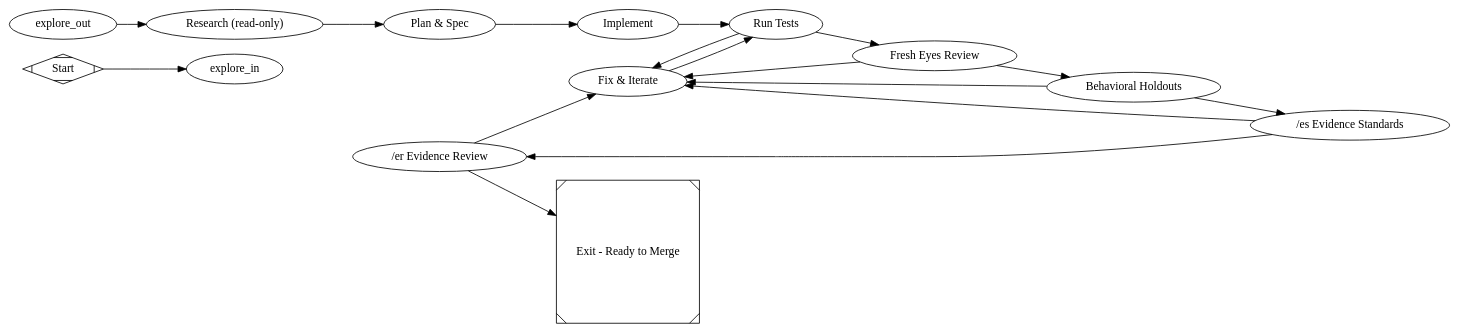
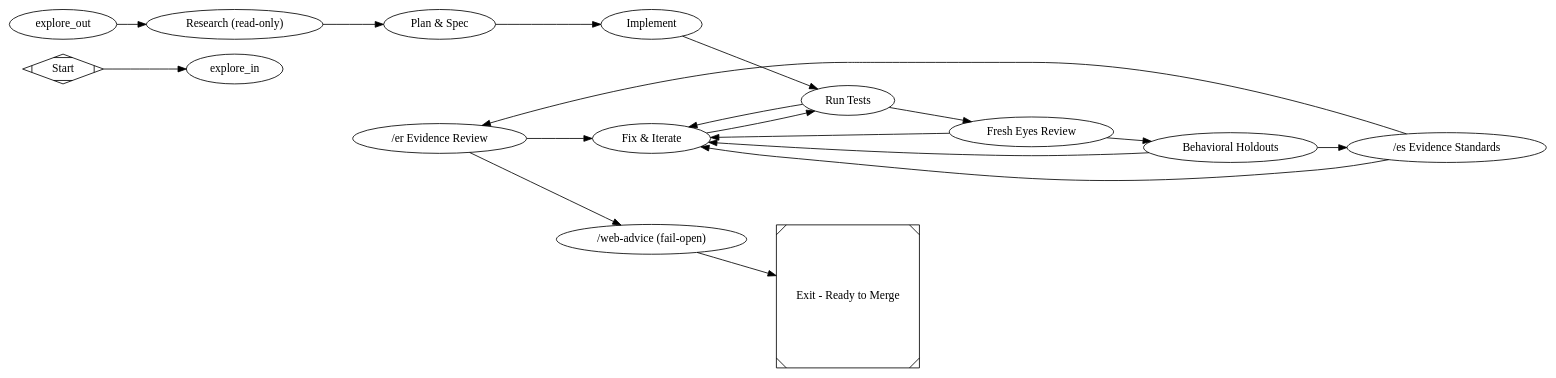
The diagram in pipelines/slim/minimal_pr.dot (jleechanorg/dark-factory), drawn with Graphviz before and after one commit. The commit also changed 22 other files, not shown here.

First line of the commit message:
[antig] feat(pipelines): fold web_advice failopen node into pr_gates, gates, and minimal_pr

```diff
--- a/pipelines/slim/minimal_pr.dot
+++ b/pipelines/slim/minimal_pr.dot
@@ -1,118 +1,135 @@
 digraph MinimalPRFactory {
   graph [
     include="@pipelines/_base.dot",
     goal="Iterate on an in-flight PR: passes tests, review, and evidence gates"
     rankdir=LR
     model_stylesheet="minimal_feature.model.css"
   ]
 
   start [shape=Mdiamond, label="Start"]
   exit  [shape=Msquare, label="Exit - Ready to Merge"]
 
   // _base.dot provides: explore_in, explore_fanout, explore_{concept,auth,
   // reuse,risks}, explore_join, explore_out.
 
   // Research rides the coder backend (no class → run-level --backend),
   // read-only: digests explore findings into .dark-factory/research-findings.md
   // before the heavier plan model runs.
   research [
     type="codergen",
     label="Research (read-only)",
     prompt="@prompts/slim/research.md"
   ]
 
   plan [
     type="codergen",
     label="Plan & Spec",
     class="plan",
     prompt="@prompts/slim/plan.md"
   ]
 
   implement [
     type="codergen",
     label="Implement",
     class="implement",
     prompt="@prompts/slim/implement.md",
     max_retries=2
   ]
 
   test [
     type="tool",
     label="Run Tests",
     command="${state.slim.test_command}",
     validation=true,
     goal_gate=true,
     timeout=600,
     retry_target="fix"
   ]
 
   review [
     type="codergen",
     label="Fresh Eyes Review",
     class="review",
     prompt="@prompts/slim/review.md",
     goal_gate=true,
     retry_target="fix"
   ]
 
   holdout [
     type="holdout_eval",
     label="Behavioral Holdouts",
     feature="${state.feature}",
     validation=true,
     goal_gate=true,
     timeout=600,
     retry_target="fix"
   ]
 
   gate_es [
     type="gate_es",
     label="/es Evidence Standards",
     timeout=600
   ]
 
   // Resolves via the adversarial-review priority queue (codex > minimax >
   // agy > claude-sonnet) so the reviewer is a *different vendor* from the
   // implementing coder. prefer_adversarial=true excludes the run-level
   // coder backend from the queue. Overridable per-run via
   // DARK_FACTORY_ADVERSARIAL_PRIORITY. See pipelines/slim/review_pr.dot.
   gate_er [
     type="gate_er",
     label="/er Evidence Review",
     backend_priority="codex,minimax,agy,claude-sonnet",
     prefer_adversarial="true",
     timeout=600
   ]
 
+  // /web-advice fail-open advisory node (min_diff_lines="20" per slim lane policy)
+  web_advice [
+    type="web_advice",
+    label="/web-advice (fail-open)",
+    prompt="@prompts/web_advice.txt",
+    backend="claude",
+    timeout=900,
+    min_diff_lines="20",
+    transport="auto",
+    decision="continue",
+    fail_open="true",
+    description="Multi-model browser review (gemini/grok/chatgpt/perplexity) via real authenticated browser sessions. FAIL-OPEN: never blocks. Signal goes to CXDB + PR comment."
+  ]
+
   fix [
     type="codergen",
     label="Fix & Iterate",
     class="fix",
     prompt="@prompts/slim/fix.md",
     max_retries=2,
     max_visits="3",
     no_progress_max="2"
   ]
 
   start -> explore_in
   explore_out -> research
   research -> plan
   plan -> implement
   implement -> test
 
   test -> review [condition="outcome=success"]
   test -> fix [condition="outcome!=success"]
 
   review -> holdout [condition="outcome=success"]
   review -> fix [condition="outcome!=success"]
 
   holdout -> gate_es [condition="outcome=success"]
   holdout -> fix [condition="outcome!=success"]
   gate_es -> gate_er [condition="outcome=success"]
   gate_es -> fix [condition="outcome!=success"]
 
-  gate_er -> exit [condition="outcome=success"]
+  gate_er -> web_advice [condition="outcome=success"]
   gate_er -> fix [condition="outcome!=success"]
+
+  // Fail-open heart: single unconditional edge to exit.
+  web_advice -> exit
 
   fix -> test
 }
```
